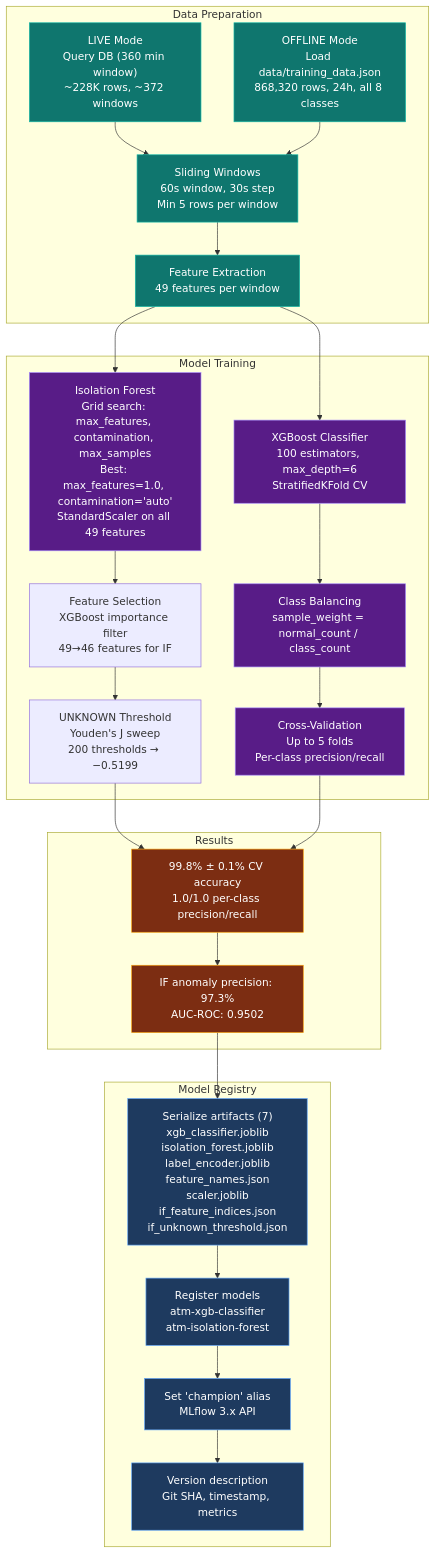
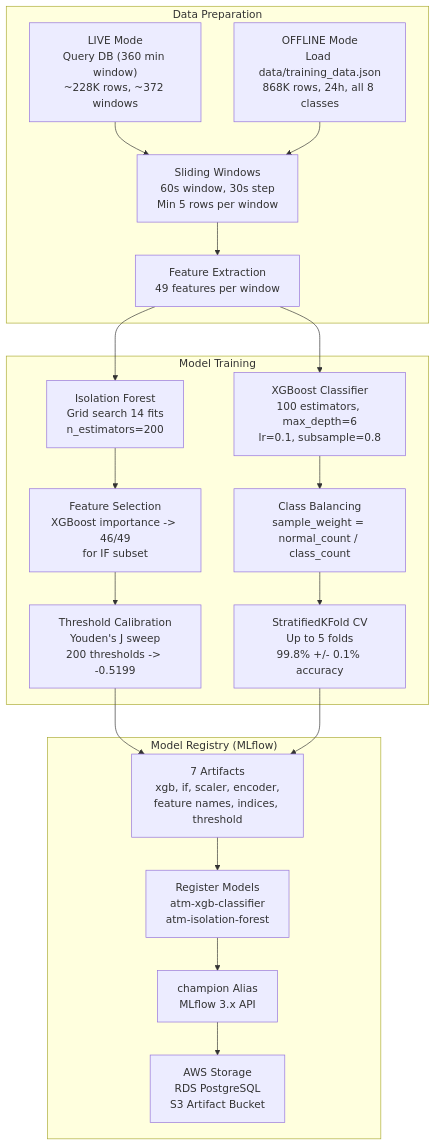
The seventh of 8 diagrams in README.md (AhmedIkram05/laad), drawn with Mermaid before and after one commit. The commit also changed other lines of this file, not shown here.

Commit message:
Implement feature X to enhance user experience and fix bug Y in module Z

````diff
--- a/README.md
+++ b/README.md
@@ -854,49 +602,30 @@
 ```mermaid
 flowchart TD
   subgraph Data ["Data Preparation"]
-    LIVE["LIVE Mode\nQuery DB (360 min window)\n~228K rows, ~372 windows"]
-    OFFLINE["OFFLINE Mode\nLoad data/training_data.json\n868,320 rows, 24h, all 8 classes"]
-    WIN["Sliding Windows\n60s window, 30s step\nMin 5 rows per window"]
-    FE["Feature Extraction\n49 features per window"]
+    LIVE["LIVE Mode<br/>Query DB (360 min window)<br/>~228K rows, ~372 windows"]
+    OFFLINE["OFFLINE Mode<br/>Load data/training_data.json<br/>868K rows, 24h, all 8 classes"]
+    WIN["Sliding Windows<br/>60s window, 30s step<br/>Min 5 rows per window"]
+    FE["Feature Extraction<br/>49 features per window"]
   end
 
   subgraph Training ["Model Training"]
-    IF_TRAIN["Isolation Forest\nGrid search: max_features, contamination, max_samples\nBest: max_features=1.0, contamination='auto'\nStandardScaler on all 49 features"]
-    XGB_TRAIN["XGBoost Classifier\n100 estimators, max_depth=6\nStratifiedKFold CV"]
-    BAL["Class Balancing\nsample_weight = normal_count / class_count"]
-    CV["Cross-Validation\nUp to 5 folds\nPer-class precision/recall"]
-    FS["Feature Selection\nXGBoost importance filter\n49→46 features for IF"]
-    TC["UNKNOWN Threshold\nYouden's J sweep\n200 thresholds → −0.5199"]
+    XGB_TRAIN["XGBoost Classifier<br/>100 estimators, max_depth=6<br/>lr=0.1, subsample=0.8"]
+    CV["StratifiedKFold CV<br/>Up to 5 folds<br/>99.8% +/- 0.1% accuracy"]
+    BAL["Class Balancing<br/>sample_weight = normal_count / class_count"]
+    IF_TRAIN["Isolation Forest<br/>Grid search 14 fits<br/>n_estimators=200"]
+    FS["Feature Selection<br/>XGBoost importance -> 46/49<br/>for IF subset"]
+    TC["Threshold Calibration<br/>Youden's J sweep<br/>200 thresholds -> -0.5199"]
   end
 
-  subgraph Results ["Results"]
-    ACC["99.8% ± 0.1% CV accuracy\n1.0/1.0 per-class precision/recall"]
-    IF_PREC["IF anomaly precision: 97.3%\nAUC-ROC: 0.9502"]
-  end
-
-  subgraph Registry ["Model Registry"]
-    SAVE["Serialize artifacts (7)\nxgb_classifier.joblib\nisolation_forest.joblib\nlabel_encoder.joblib\nfeature_names.json\nscaler.joblib\nif_feature_indices.json\nif_unknown_threshold.json"]
-    REG["Register models\natm-xgb-classifier\natm-isolation-forest"]
-    ALIAS["Set 'champion' alias\nMLflow 3.x API"]
-    DESC["Version description\nGit SHA, timestamp, metrics"]
+  subgraph Registry ["Model Registry (MLflow)"]
+    SAVE["7 Artifacts<br/>xgb, if, scaler, encoder,<br/>feature names, indices, threshold"]
+    REG["Register Models<br/>atm-xgb-classifier<br/>atm-isolation-forest"]
+    ALIAS["champion Alias<br/>MLflow 3.x API"]
+    AWS["AWS Storage<br/>RDS PostgreSQL<br/>S3 Artifact Bucket"]
   end
 
   LIVE & OFFLINE --> WIN --> FE
-  FE --> IF_TRAIN
-  FE --> XGB_TRAIN
-  XGB_TRAIN --> BAL --> CV
-  IF_TRAIN --> FS --> TC
-  TC & CV --> ACC
-  ACC --> IF_PREC
-  IF_PREC --> SAVE --> REG --> ALIAS --> DESC
-
-  classDef data fill:#0f766e,stroke:#14b8a6,color:#ffffff;
-  classDef train fill:#581c87,stroke:#a78bfa,color:#ffffff;
-  classDef results fill:#7c2d12,stroke:#f59e0b,color:#ffffff;
-  classDef registry fill:#1e3a5f,stroke:#60a5fa,color:#ffffff;
-
-  class LIVE,OFFLINE,WIN,FE data;
-  class IF_TRAIN,XGB_TRAIN,BAL,CV train;
-  class ACC,IF_PREC results;
-  class SAVE,REG,ALIAS,DESC registry;
+  FE --> XGB_TRAIN --> BAL --> CV
+  FE --> IF_TRAIN --> FS --> TC
+  TC & CV --> SAVE --> REG --> ALIAS --> AWS
 ```
````
